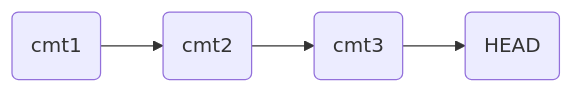
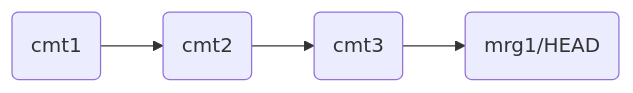
The seventh of 9 diagrams in lectures/13-git_advanced/13-git_advanced.qmd (nmuncy/course-basic_bash), drawn with Mermaid before and after one commit. The commit also changed other lines of this file and 78 other files, not shown here.

````diff
--- a/lectures/13-git_advanced/13-git_advanced.qmd
+++ b/lectures/13-git_advanced/13-git_advanced.qmd
@@ -61,4 +277,4 @@
 ```{mermaid}
 flowchart LR
-  A(cmt1) --> B(cmt2) --> C(cmt3) --> D(HEAD)
+  A(cmt1) --> B(cmt2) --> C(cmt3) --> D(mrg1/HEAD)
 ```
````
